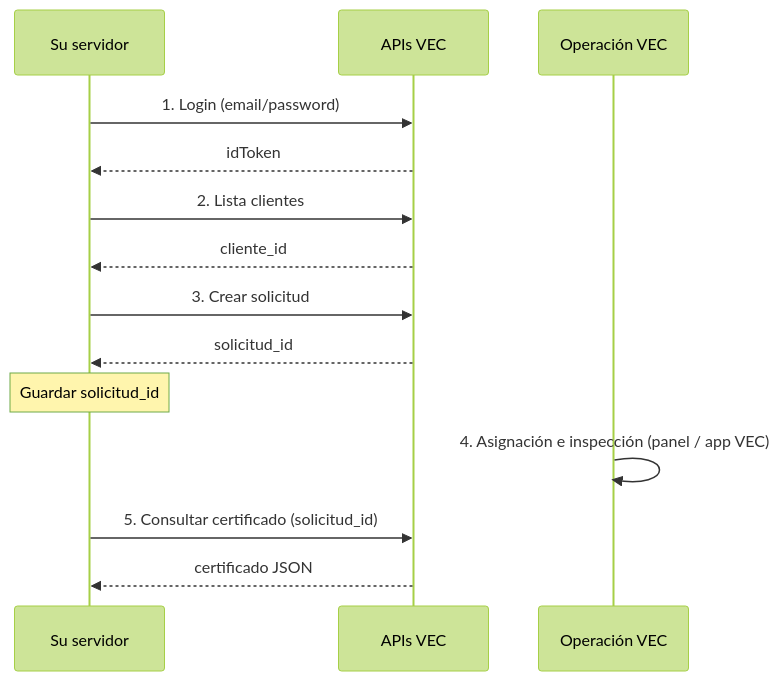
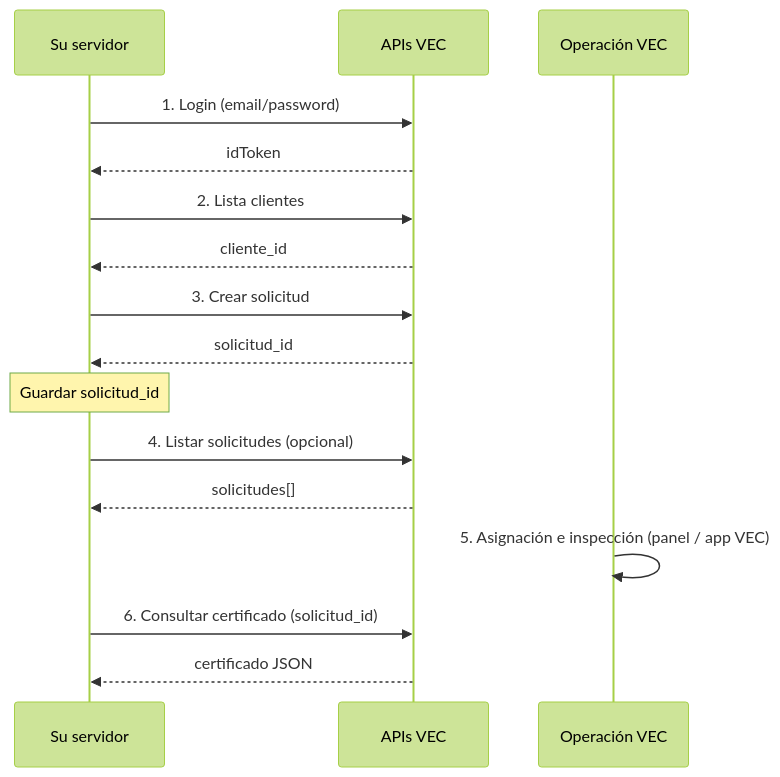
The diagram in prevalidador/README.md (cuauhtemocvs/documentacion-vec), drawn with Mermaid (forest theme) before and after one commit. The commit also changed other lines of this file and 4 other files, not shown here.

````diff
--- a/prevalidador/README.md
+++ b/prevalidador/README.md
@@ -22,17 +23,19 @@
 ```mermaid
 sequenceDiagram
   participant Usted as Su servidor
   participant VEC as APIs VEC
   participant Ops as Operación VEC
 
   Usted->>VEC: 1. Login (email/password)
   VEC-->>Usted: idToken
   Usted->>VEC: 2. Lista clientes
   VEC-->>Usted: cliente_id
   Usted->>VEC: 3. Crear solicitud
   VEC-->>Usted: solicitud_id
   Note over Usted: Guardar solicitud_id
-  Ops->>Ops: 4. Asignación e inspección (panel / app VEC)
-  Usted->>VEC: 5. Consultar certificado (solicitud_id)
+  Usted->>VEC: 4. Listar solicitudes (opcional)
+  VEC-->>Usted: solicitudes[]
+  Ops->>Ops: 5. Asignación e inspección (panel / app VEC)
+  Usted->>VEC: 6. Consultar certificado (solicitud_id)
   VEC-->>Usted: certificado JSON
 ```
````
